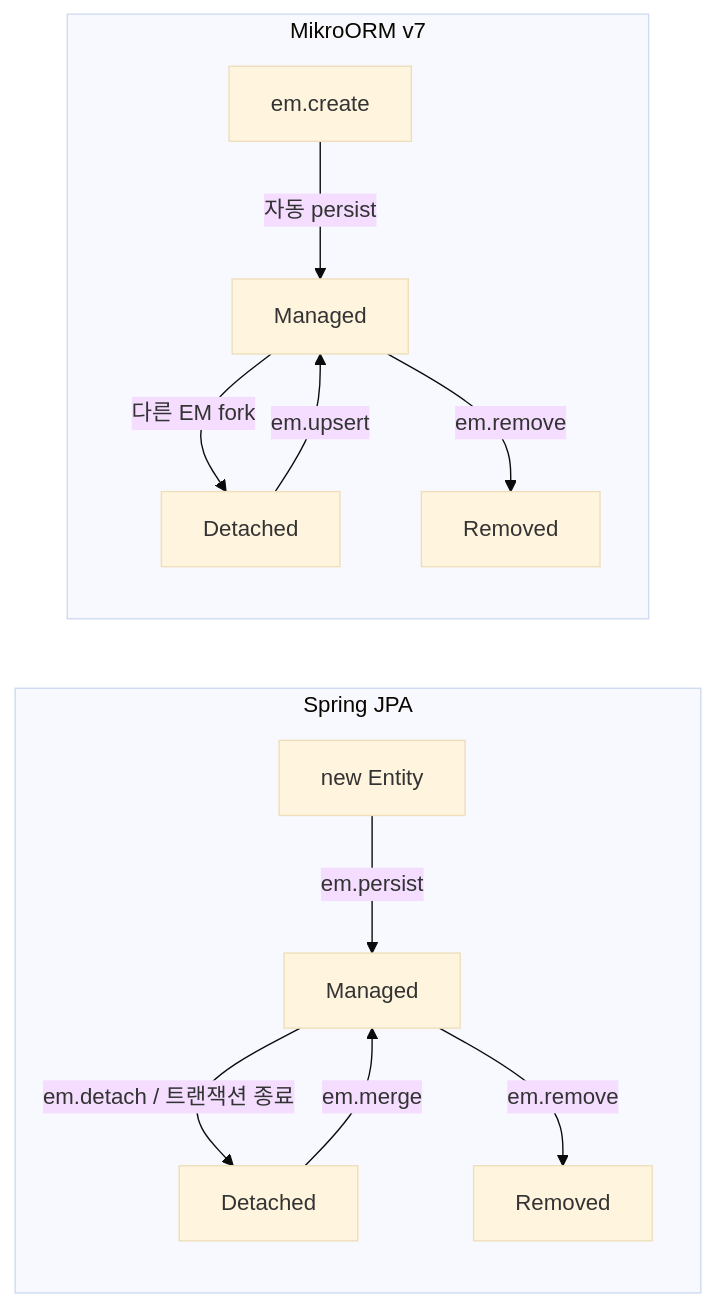
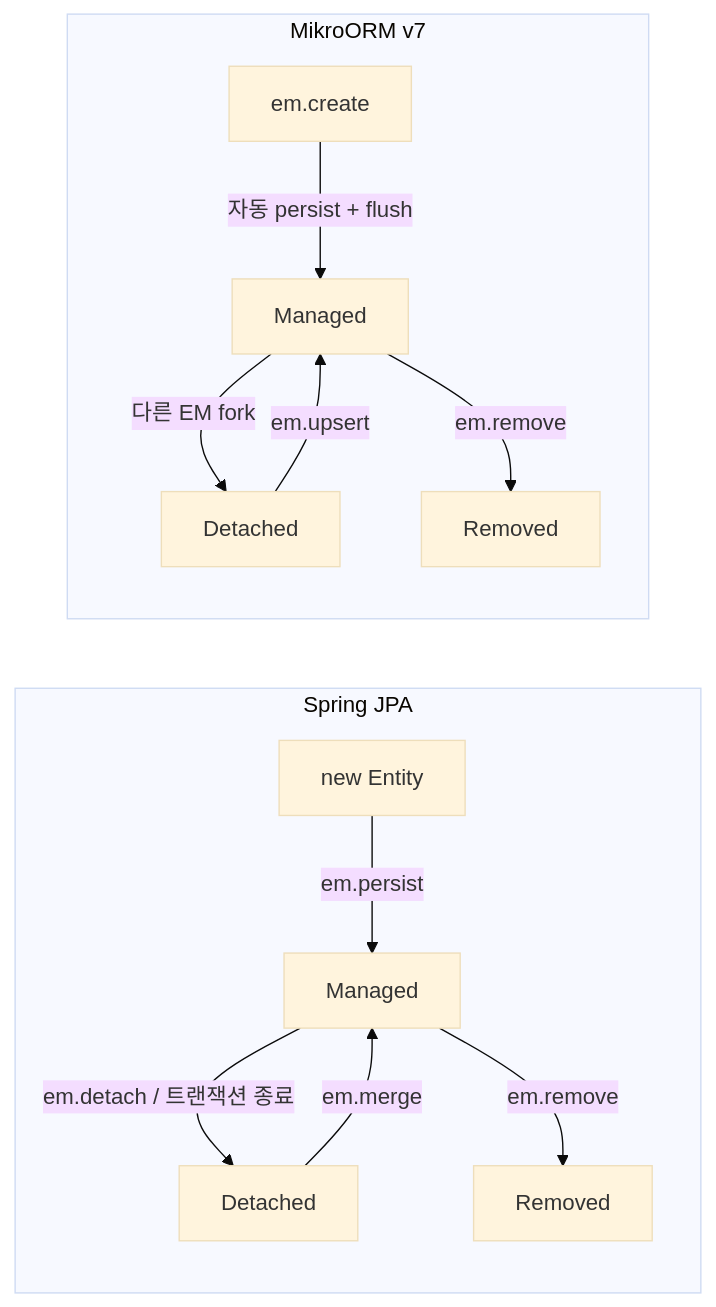
Before and after one commit to bandall/mikro-orm-deep-dive: the second of 2 diagrams in docs/02-entity-states.md, drawn with Mermaid (base theme). The commit also changed 7 other files, not shown here.

````diff
--- a/docs/02-entity-states.md
+++ b/docs/02-entity-states.md
@@ -124,16 +124,16 @@
 ```mermaid
 graph LR
     subgraph "Spring JPA"
         A1[new Entity] -->|em.persist| B1[Managed]
         B1 -->|em.detach / 트랜잭션 종료| C1[Detached]
         C1 -->|em.merge| B1
         B1 -->|em.remove| D1[Removed]
     end
 
     subgraph "MikroORM v7"
-        A2[em.create] -->|자동 persist| B2[Managed]
+        A2[em.create] -->|"자동 persist + flush"| B2[Managed]
         B2 -->|다른 EM fork| C2[Detached]
         C2 -->|em.upsert| B2
         B2 -->|em.remove| D2[Removed]
     end
 ```
````
